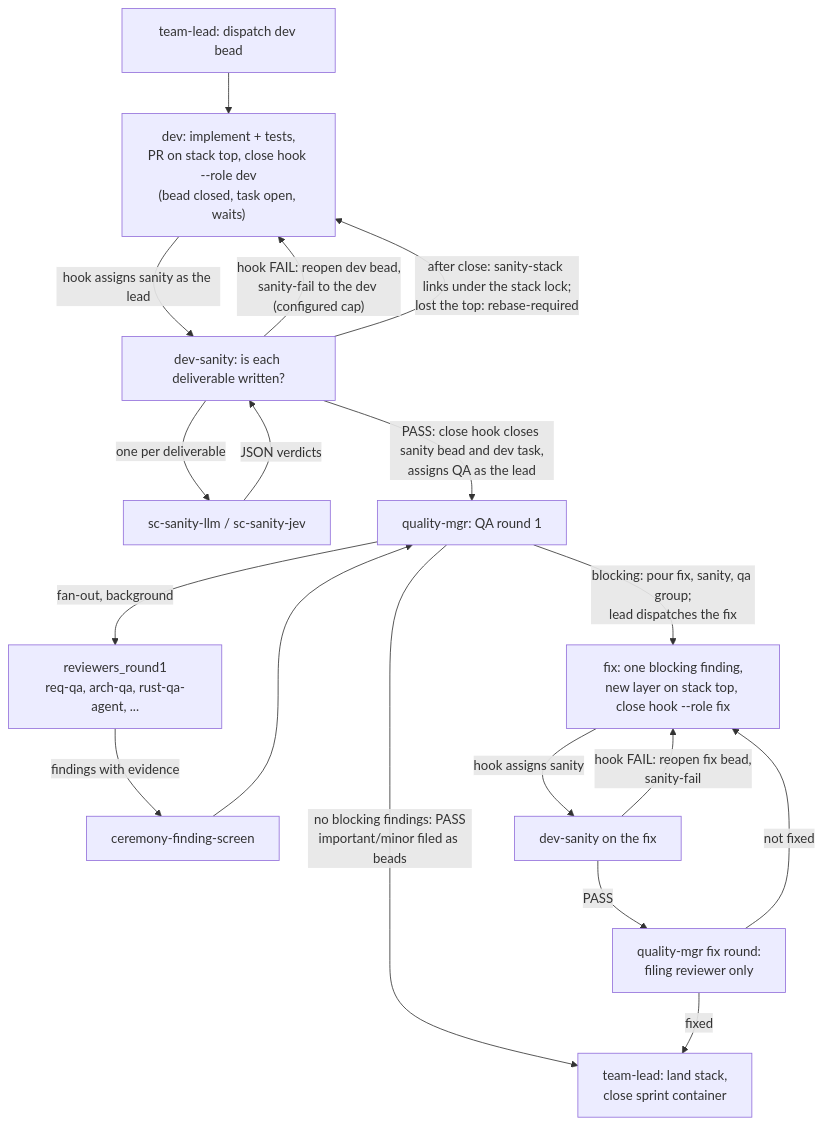
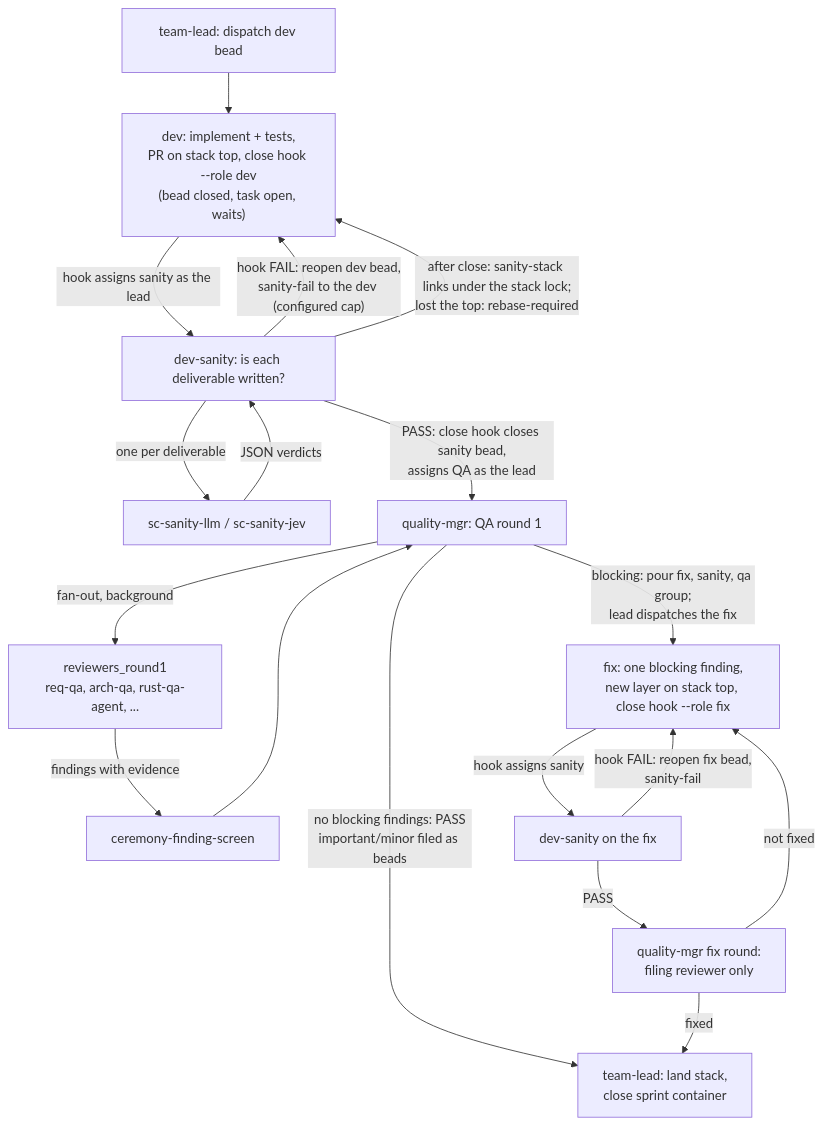
Before and after one commit to rahul05ranjan/atm-bd-orchestration: the first of 2 diagrams in docs/requirements/README.md, drawn with Mermaid. The commit also changed 11 other files, not shown here.

First line of the commit message:
fix: close the dev task at dev complete instead of at sanity PASS

````diff
--- a/docs/requirements/README.md
+++ b/docs/requirements/README.md
@@ -35,20 +35,20 @@
 ```mermaid
 flowchart TD
     L["team-lead: dispatch dev bead"] --> D["dev: implement + tests,<br/>PR on stack top, close hook --role dev<br/>(bead closed, task open, waits)"]
     D -->|"hook assigns sanity as the lead"| S["dev-sanity: is each deliverable written?"]
     S -->|"one per deliverable"| SC["sc-sanity-llm / sc-sanity-jev"]
     SC -->|"JSON verdicts"| S
     S -->|"hook FAIL: reopen dev bead,<br/>sanity-fail to the dev (configured cap)"| D
-    S -->|"PASS: close hook closes sanity bead and dev task,<br/>assigns QA as the lead"| Q["quality-mgr: QA round 1"]
+    S -->|"PASS: close hook closes sanity bead,<br/>assigns QA as the lead"| Q["quality-mgr: QA round 1"]
     S -->|"after close: sanity-stack links under the stack lock;<br/>lost the top: rebase-required"| D
     Q -->|"fan-out, background"| R["reviewers_round1<br/>req-qa, arch-qa, rust-qa-agent, ..."]
     R -->|"findings with evidence"| CS["ceremony-finding-screen"]
     CS --> Q
     Q -->|"no blocking findings: PASS<br/>important/minor filed as beads"| Done["team-lead: land stack,<br/>close sprint container"]
     Q -->|"blocking: pour fix, sanity, qa group;<br/>lead dispatches the fix"| F["fix: one blocking finding,<br/>new layer on stack top, close hook --role fix"]
     F -->|"hook assigns sanity"| S2["dev-sanity on the fix"]
     S2 -->|"hook FAIL: reopen fix bead,<br/>sanity-fail"| F
     S2 -->|"PASS"| Q2["quality-mgr fix round:<br/>filing reviewer only"]
     Q2 -->|"not fixed"| F
     Q2 -->|"fixed"| Done
 ```
````
